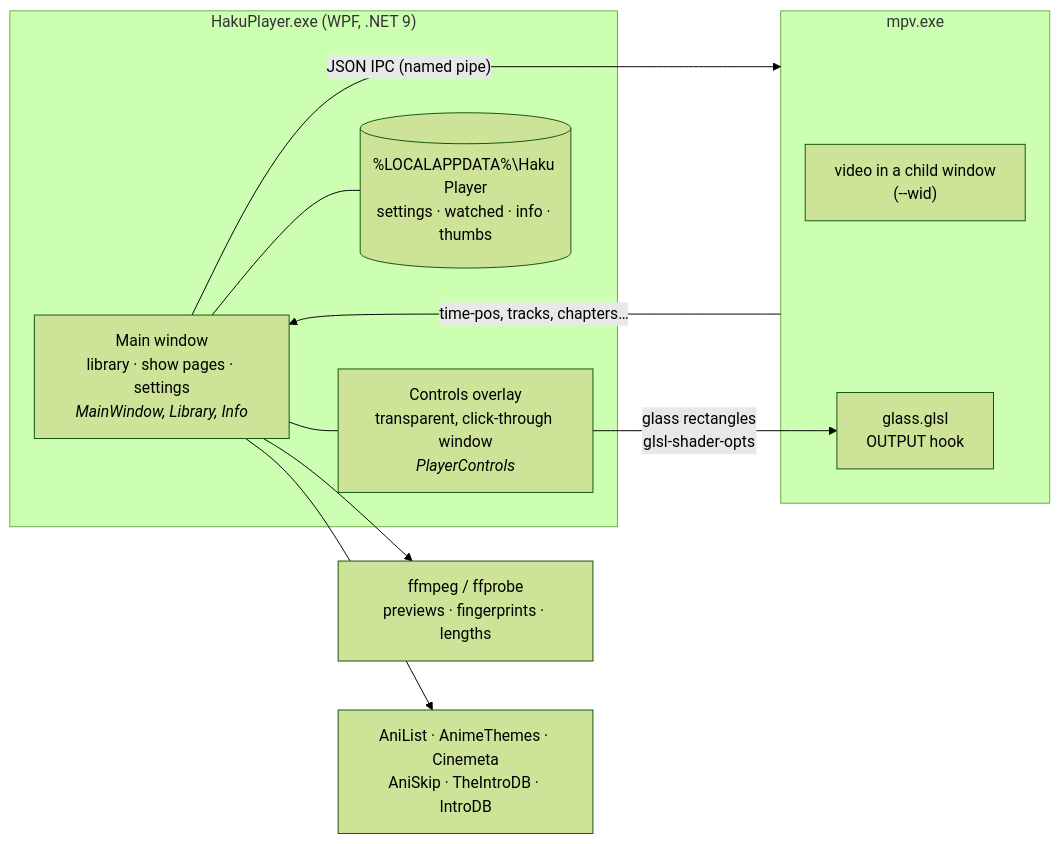
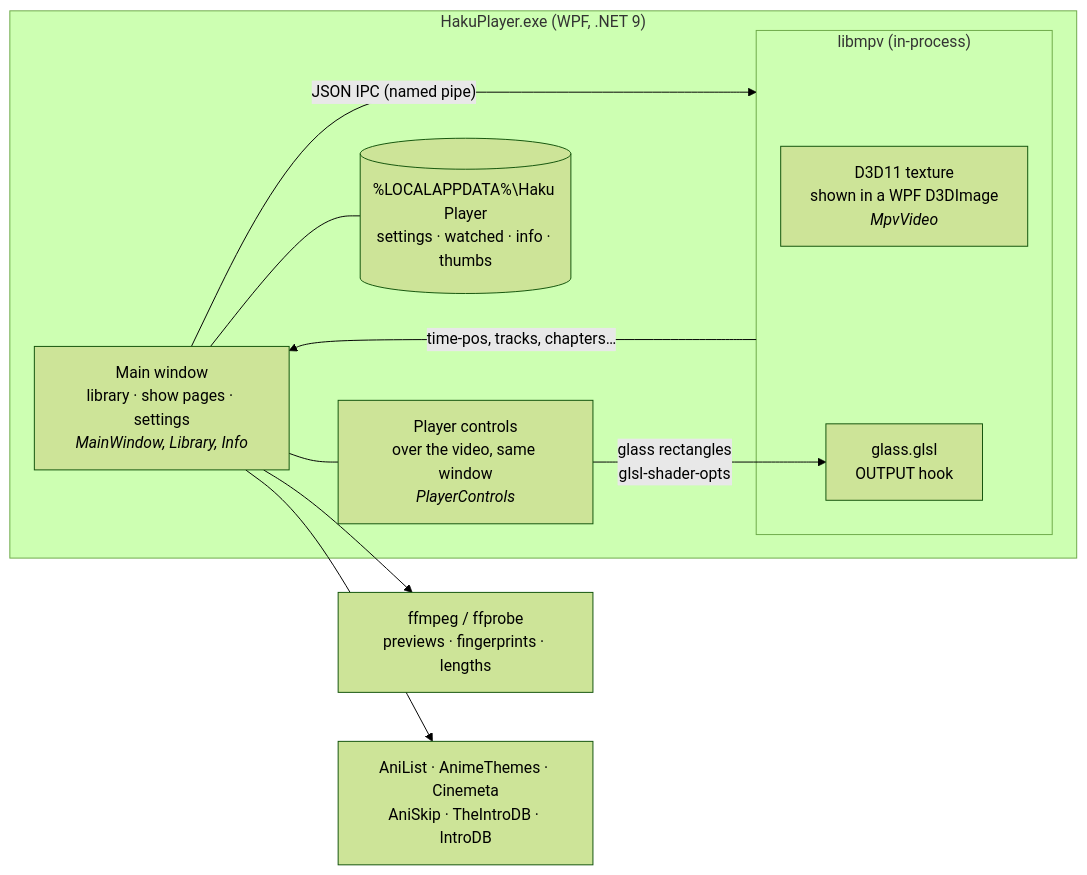
Before and after one commit to nbkburns-git/haku-player: the diagram in docs/how-it-works.md, drawn with Mermaid (forest theme). The commit also changed other lines of this file and 38 other files, not shown here.

First line of the commit message:
In-app libmpv player, iceberg logo and themes, frosted pop-ups

````diff
--- a/docs/how-it-works.md
+++ b/docs/how-it-works.md
@@ -5,22 +5,22 @@
 ```mermaid
 flowchart LR
     subgraph App["HakuPlayer.exe (WPF, .NET 9)"]
         Main["Main window<br/>library · show pages · settings<br/><i>MainWindow, Library, Info</i>"]
-        Overlay["Controls overlay<br/>transparent, click-through window<br/><i>PlayerControls</i>"]
+        Controls["Player controls<br/>over the video, same window<br/><i>PlayerControls</i>"]
+        subgraph mpv["libmpv (in-process)"]
+            Video["D3D11 texture<br/>shown in a WPF D3DImage<br/><i>MpvVideo</i>"]
+            Shader["glass.glsl<br/>OUTPUT hook"]
+        end
         Data[("%LOCALAPPDATA%\Haku Player<br/>settings · watched · info · thumbs")]
-    end
-    subgraph mpv["mpv.exe"]
-        Video["video in a child window<br/>(--wid)"]
-        Shader["glass.glsl<br/>OUTPUT hook"]
     end
     FF["ffmpeg / ffprobe<br/>previews · fingerprints · lengths"]
     Web["AniList · AnimeThemes · Cinemeta<br/>AniSkip · TheIntroDB · IntroDB"]
 
     Main -- "JSON IPC (named pipe)" --> mpv
     mpv -- "time-pos, tracks, chapters…" --> Main
-    Overlay -- "glass rectangles<br/>glsl-shader-opts" --> Shader
-    Main --- Overlay
+    Controls -- "glass rectangles<br/>glsl-shader-opts" --> Shader
+    Main --- Controls
     Main --> FF
     Main --> Web
     Main --- Data
 ```
````
